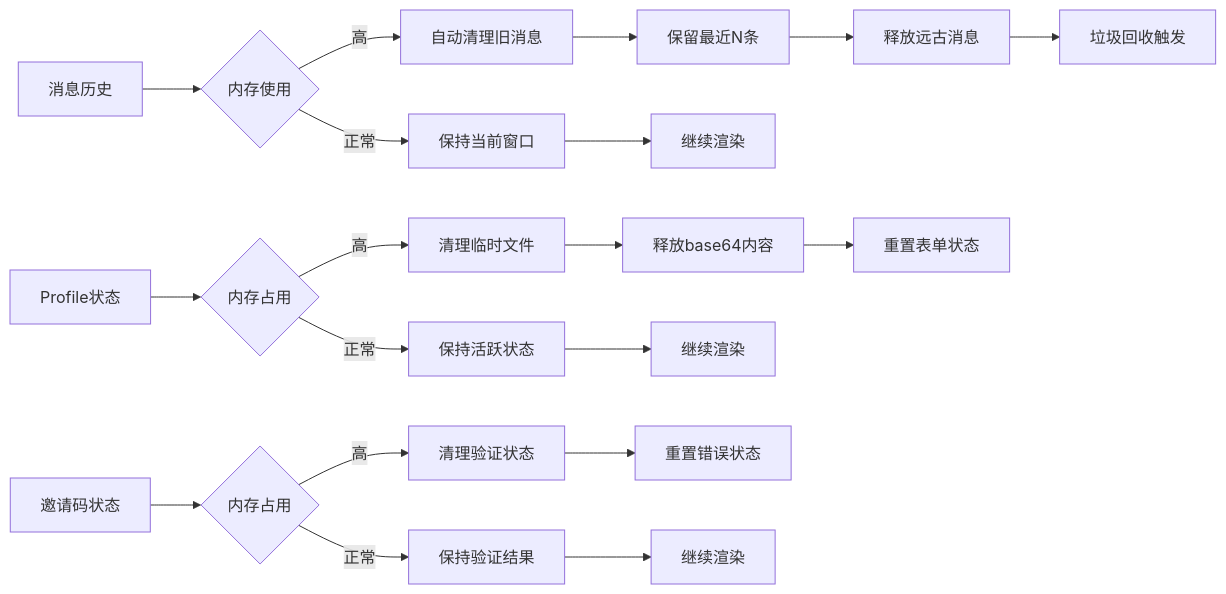
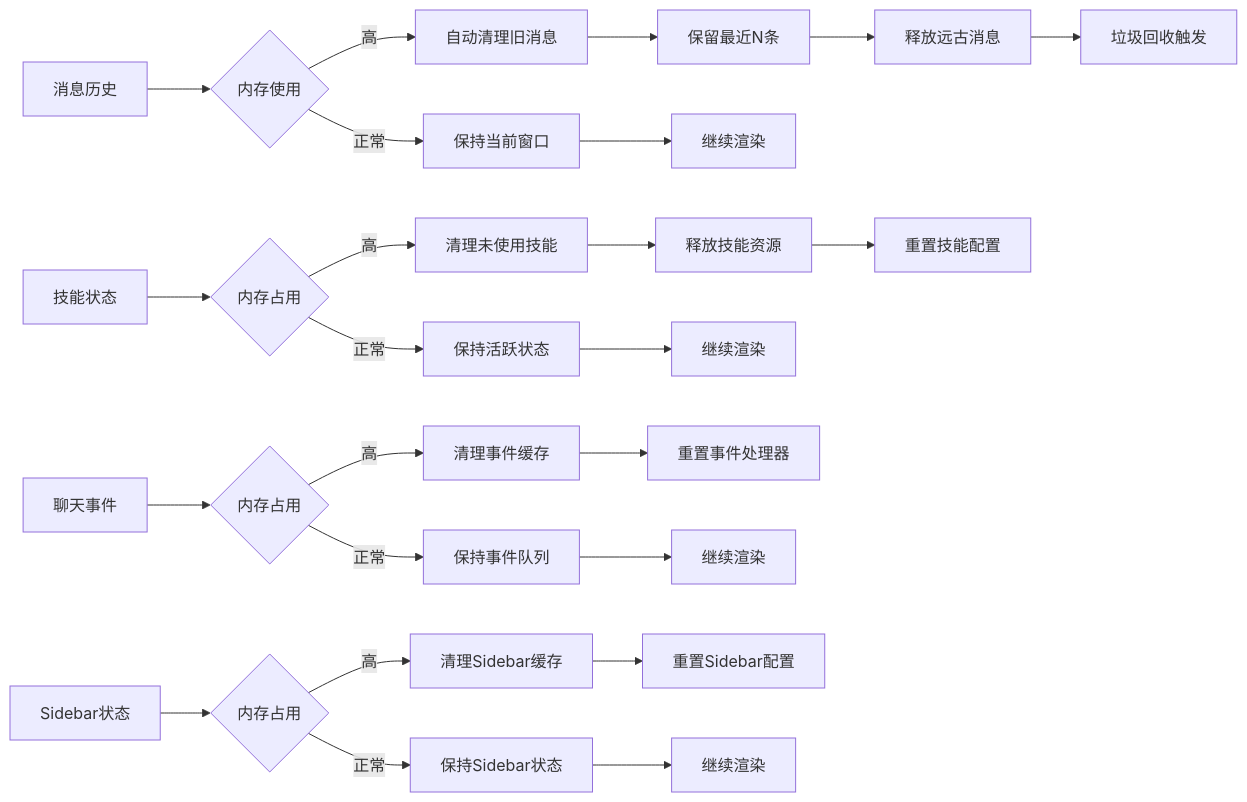
Diagram 20 of 21 in .qoder/repowiki/zh/content/Web界面/UI组件系统/UI组件系统.md (verse-ai-org/openclaw), drawn with Mermaid before and after one commit. The commit also changed other lines of this file and 75 other files, not shown here.

````diff
--- a/.qoder/repowiki/zh/content/Web界面/UI组件系统/UI组件系统.md
+++ b/.qoder/repowiki/zh/content/Web界面/UI组件系统/UI组件系统.md
@@ -1648,21 +1200,26 @@
 ```mermaid
 flowchart LR
 A[消息历史] --> B{内存使用}
 B --> |高| C[自动清理旧消息]
 B --> |正常| D[保持当前窗口]
 C --> E[保留最近N条]
 E --> F[释放远古消息]
 F --> G[垃圾回收触发]
 D --> H[继续渲染]
-I[Profile状态] --> J{内存占用}
-J --> |高| K[清理临时文件]
+I[技能状态] --> J{内存占用}
+J --> |高| K[清理未使用技能]
 J --> |正常| L[保持活跃状态]
-K --> M[释放base64内容]
-M --> N[重置表单状态]
+K --> M[释放技能资源]
+M --> N[重置技能配置]
 L --> O[继续渲染]
-P[邀请码状态] --> Q{内存占用}
-Q --> |高| R[清理验证状态]
-Q --> |正常| S[保持验证结果]
-R --> T[重置错误状态]
+P[聊天事件] --> Q{内存占用}
+Q --> |高| R[清理事件缓存]
+Q --> |正常| S[保持事件队列]
+R --> T[重置事件处理器]
 S --> U[继续渲染]
+V[Sidebar状态] --> W{内存占用}
+W --> |高| X[清理Sidebar缓存]
+W --> |正常| Y[保持Sidebar状态]
+X --> Z[重置Sidebar配置]
+Y --> AA[继续渲染]
 ```
````
